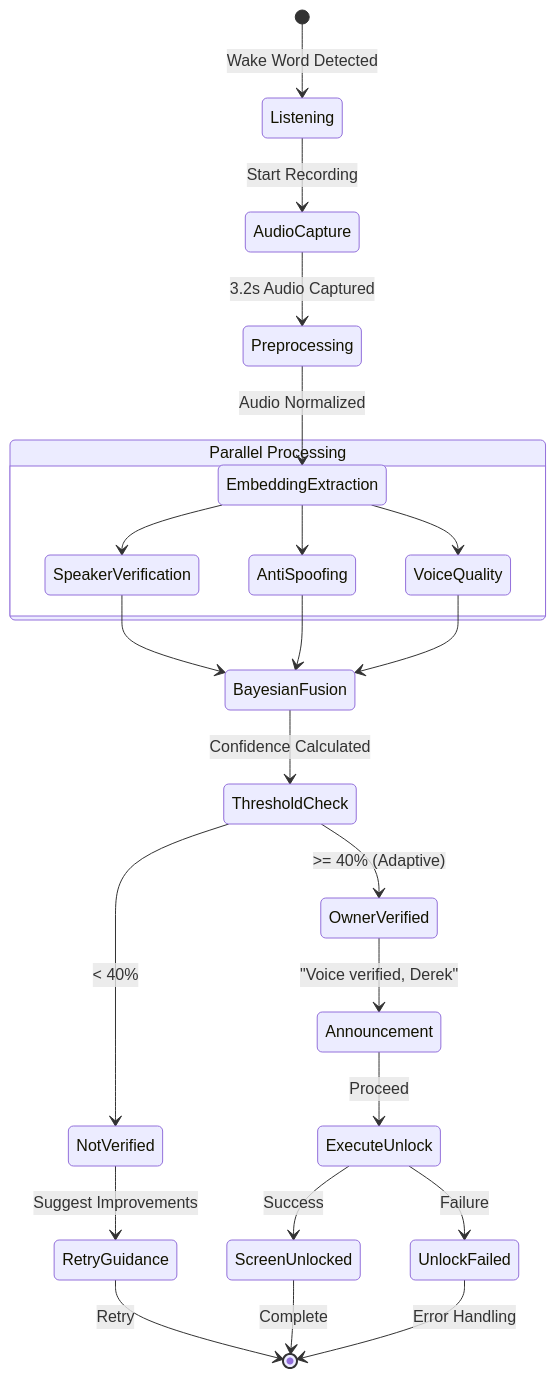
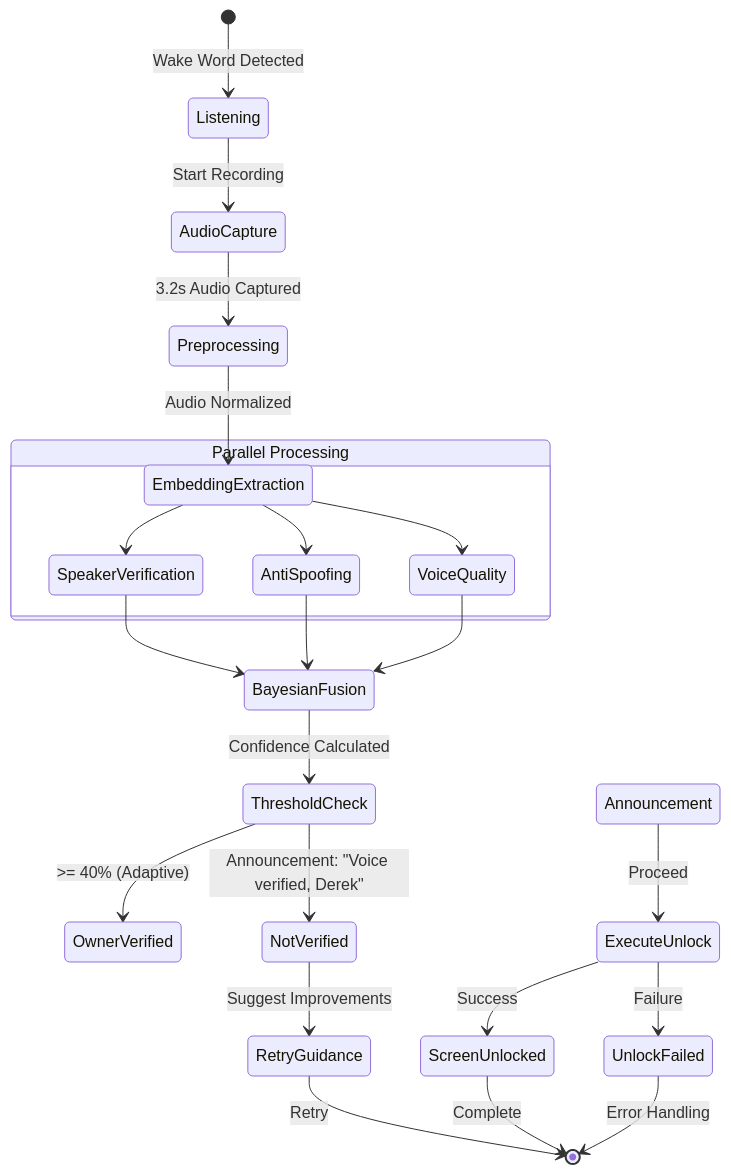
Before and after one commit to nandkishorrathodk-art/Ironcliw-ai: the seventh of 13 diagrams in VOICE_BIOMETRIC_INTELLIGENCE_ARCHITECTURE.md, drawn with Mermaid. The commit also changed other lines of this file, not shown here.

First line of the commit message:
refactor: Revise Voice Biometric Intelligence documentation for enhanced clarity and formatting

````diff
--- a/VOICE_BIOMETRIC_INTELLIGENCE_ARCHITECTURE.md
+++ b/VOICE_BIOMETRIC_INTELLIGENCE_ARCHITECTURE.md
@@ -462,36 +456,34 @@
 ```mermaid
 stateDiagram-v2
     [*] --> Listening: Wake Word Detected
     
     Listening --> AudioCapture: Start Recording
     AudioCapture --> Preprocessing: 3.2s Audio Captured
     
     Preprocessing --> EmbeddingExtraction: Audio Normalized
     
     state "Parallel Processing" as PP {
         EmbeddingExtraction --> SpeakerVerification
         EmbeddingExtraction --> AntiSpoofing
         EmbeddingExtraction --> VoiceQuality
     }
     
     SpeakerVerification --> BayesianFusion
     AntiSpoofing --> BayesianFusion
     VoiceQuality --> BayesianFusion
     
     BayesianFusion --> ThresholdCheck: Confidence Calculated
     
     ThresholdCheck --> OwnerVerified: >= 40% (Adaptive)
-    ThresholdCheck --> NotVerified: < 40%
-    
-    OwnerVerified --> Announcement: "Voice verified, Derek"
+    ThresholdCheck --> NotVerified:  Announcement: "Voice verified, Derek"
     NotVerified --> RetryGuidance: Suggest Improvements
     
     Announcement --> ExecuteUnlock: Proceed
     RetryGuidance --> [*]: Retry
     
     ExecuteUnlock --> ScreenUnlocked: Success
     ExecuteUnlock --> UnlockFailed: Failure
     
     ScreenUnlocked --> [*]: Complete
     UnlockFailed --> [*]: Error Handling
 ```
````
